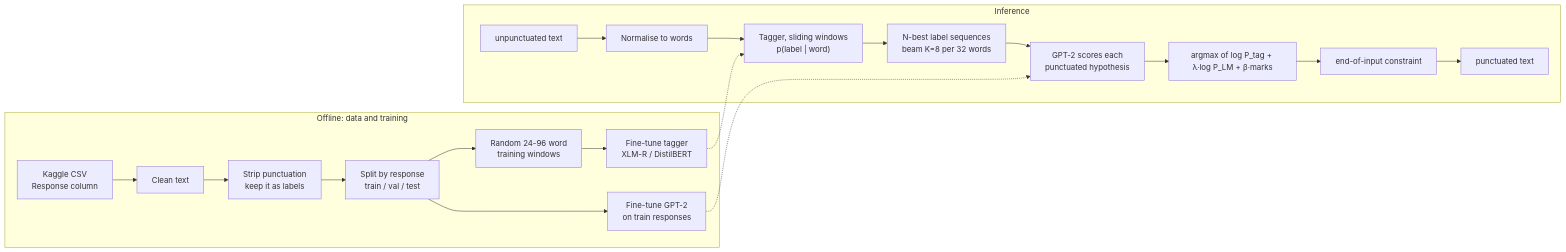
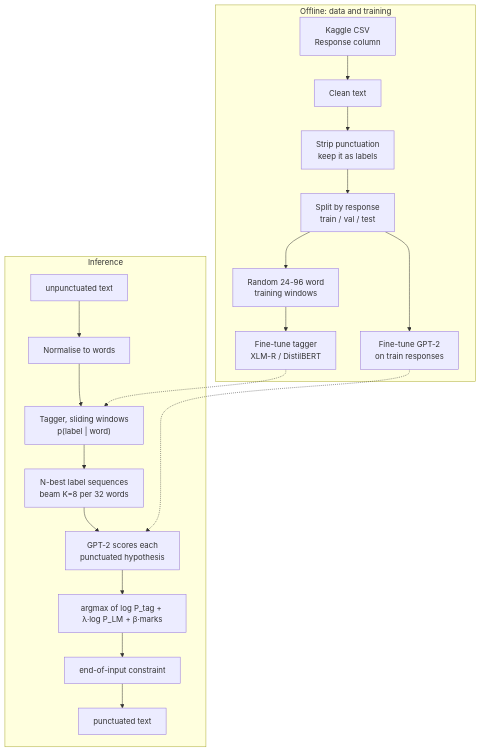
The diagram in README.md (AbhishekSinghDasila/Punctuation-Restoration), drawn with Mermaid before and after one commit.

Commit message:
Use vertical layout for architecture diagram

````diff
--- a/README.md
+++ b/README.md
@@ -69,22 +69,22 @@
 ```mermaid
-flowchart LR
+flowchart TB
     subgraph OFFLINE["Offline: data and training"]
         A["Kaggle CSV<br/>Response column"] --> B["Clean text"]
         B --> C["Strip punctuation<br/>keep it as labels"]
         C --> D["Split by response<br/>train / val / test"]
         D --> E["Random 24-96 word<br/>training windows"]
         E --> F["Fine-tune tagger<br/>XLM-R / DistilBERT"]
         D --> G["Fine-tune GPT-2<br/>on train responses"]
     end
     subgraph INFER["Inference"]
         I["unpunctuated text"] --> J["Normalise to words"]
         J --> K["Tagger, sliding windows<br/>p(label | word)"]
         K --> L["N-best label sequences<br/>beam K=8 per 32 words"]
         L --> M["GPT-2 scores each<br/>punctuated hypothesis"]
         M --> N["argmax of log P_tag + λ·log P_LM + β·marks"]
         N --> O["end-of-input constraint"]
         O --> P["punctuated text"]
     end
     F -.-> K
     G -.-> M
 ```
````
